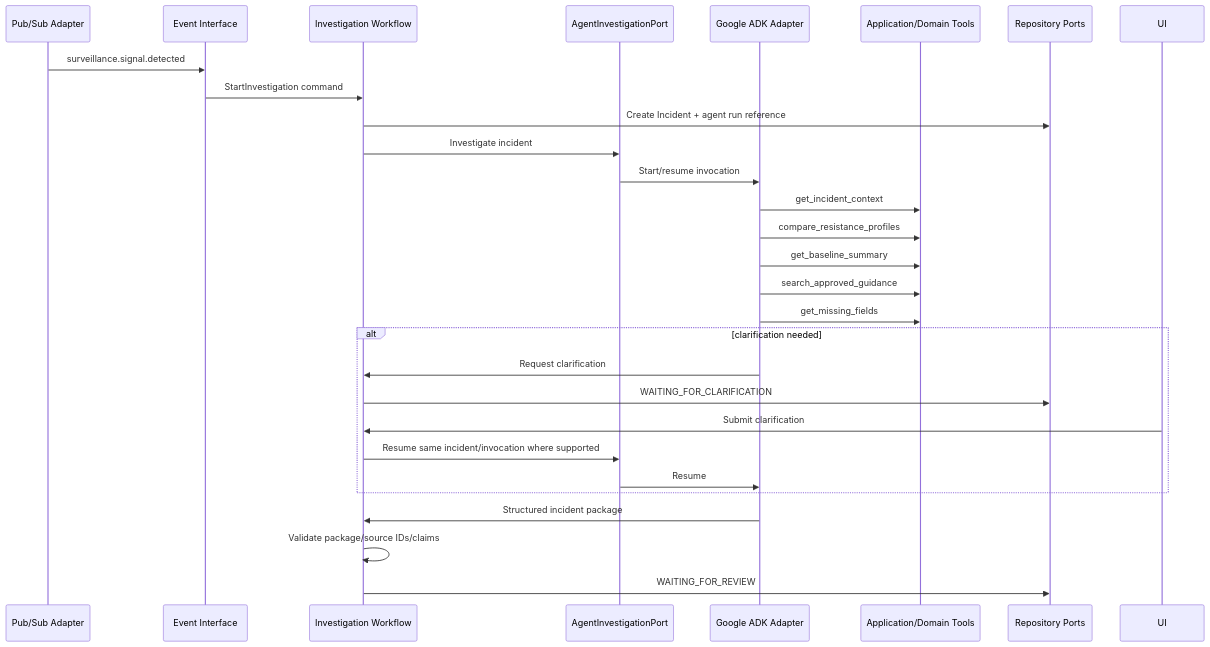
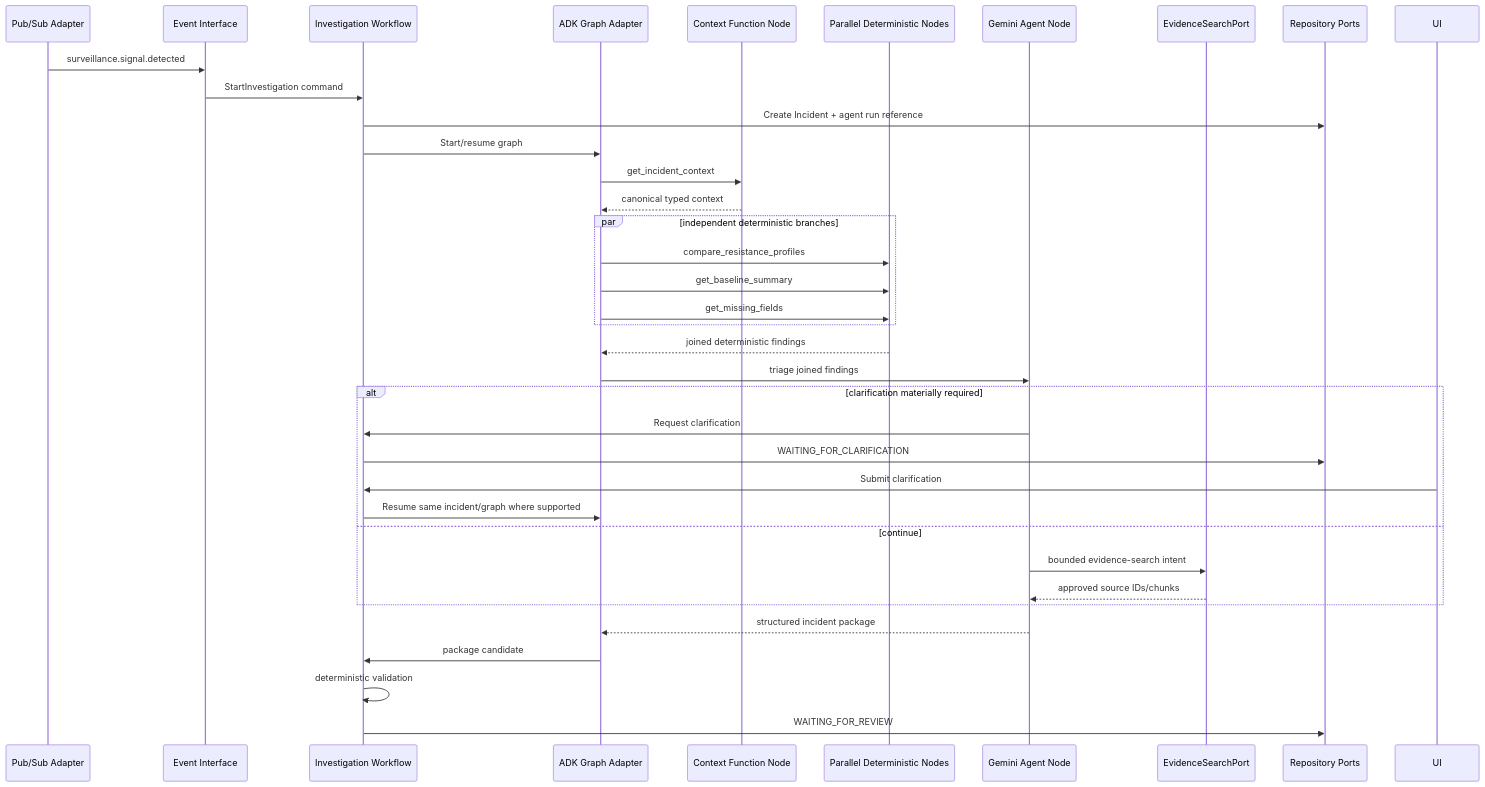
Before and after one commit to ronnielutaro/Ngabo-AMR-Surveillance: the seventh of 11 diagrams in docs/SYSTEM_DESIGN.md, drawn with Mermaid. The commit also changed other lines of this file, not shown here.

Commit message:
docs(architecture): show graph-first investigation design

````diff
--- a/docs/SYSTEM_DESIGN.md
+++ b/docs/SYSTEM_DESIGN.md
@@ -328,34 +377,42 @@
 ```mermaid
 sequenceDiagram
     participant Bus as Pub/Sub Adapter
     participant Handler as Event Interface
     participant App as Investigation Workflow
-    participant Agent as AgentInvestigationPort
-    participant ADK as Google ADK Adapter
-    participant Tools as Application/Domain Tools
+    participant Graph as ADK Graph Adapter
+    participant Ctx as Context Function Node
+    participant Calc as Parallel Deterministic Nodes
+    participant Agent as Gemini Agent Node
+    participant Evidence as EvidenceSearchPort
     participant Repo as Repository Ports
     participant UI
 
     Bus->>Handler: surveillance.signal.detected
     Handler->>App: StartInvestigation command
     App->>Repo: Create Incident + agent run reference
-    App->>Agent: Investigate incident
-    Agent->>ADK: Start/resume invocation
-    ADK->>Tools: get_incident_context
-    ADK->>Tools: compare_resistance_profiles
-    ADK->>Tools: get_baseline_summary
-    ADK->>Tools: search_approved_guidance
-    ADK->>Tools: get_missing_fields
+    App->>Graph: Start/resume graph
+    Graph->>Ctx: get_incident_context
+    Ctx-->>Graph: canonical typed context
+    par independent deterministic branches
+        Graph->>Calc: compare_resistance_profiles
+        Graph->>Calc: get_baseline_summary
+        Graph->>Calc: get_missing_fields
+    end
+    Calc-->>Graph: joined deterministic findings
+    Graph->>Agent: triage joined findings
 
-    alt clarification needed
-        ADK->>App: Request clarification
+    alt clarification materially required
+        Agent->>App: Request clarification
         App->>Repo: WAITING_FOR_CLARIFICATION
         UI->>App: Submit clarification
-        App->>Agent: Resume same incident/invocation where supported
-        Agent->>ADK: Resume
+        App->>Graph: Resume same incident/graph where supported
+    else continue
+        Agent->>Evidence: bounded evidence-search intent
+        Evidence-->>Agent: approved source IDs/chunks
     end
 
-    ADK->>App: Structured incident package
-    App->>App: Validate package/source IDs/claims
+    Agent-->>Graph: structured incident package
+    Graph->>App: package candidate
+    App->>App: deterministic validation
     App->>Repo: WAITING_FOR_REVIEW
 ```
````
